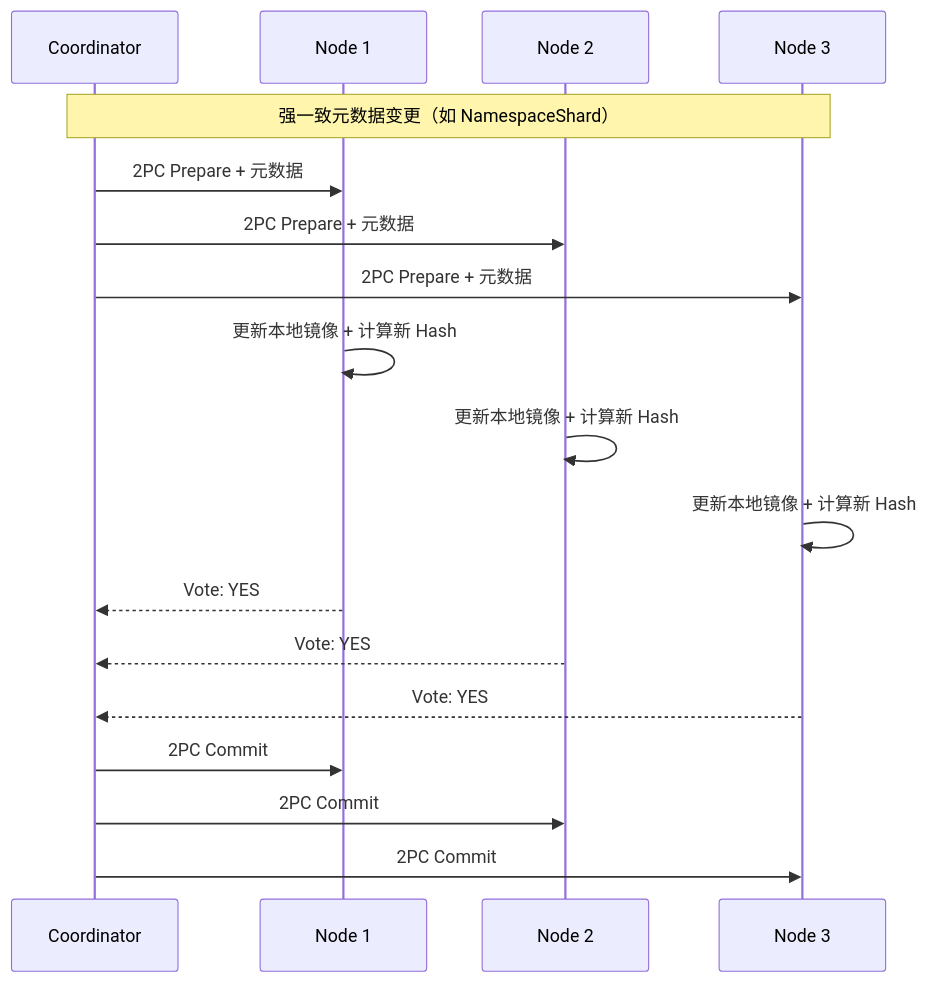
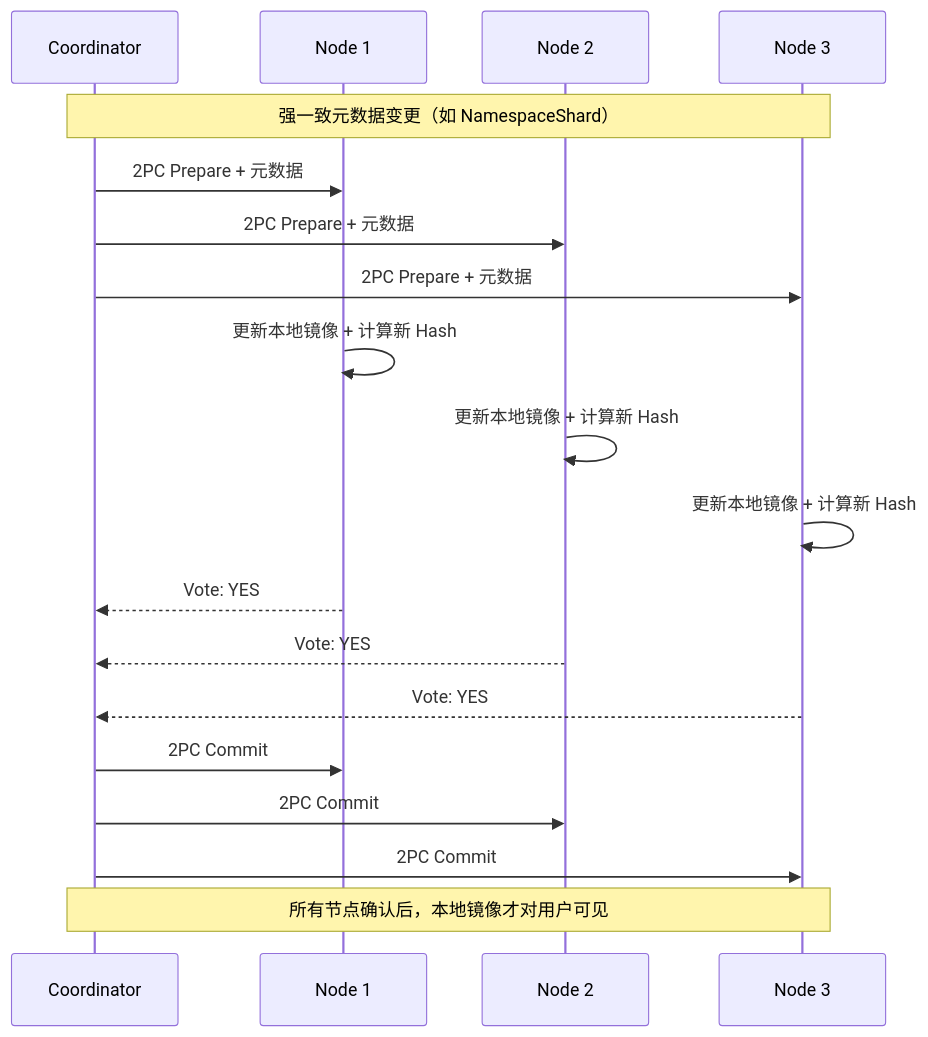
Before and after one commit to jzhang405/NexKV: the third of 4 diagrams in docs/07_spike/tree-coordinator-merkle-tree.md, drawn with Mermaid. The commit also changed other lines of this file, not shown here.

````diff
--- a/docs/07_spike/tree-coordinator-merkle-tree.md
+++ b/docs/07_spike/tree-coordinator-merkle-tree.md
@@ -351,25 +257,27 @@
 ```mermaid
 sequenceDiagram
     participant C as Coordinator
     participant N1 as Node 1
     participant N2 as Node 2
     participant N3 as Node 3
 
     Note over C,N3: 强一致元数据变更（如 NamespaceShard）
 
     C->>N1: 2PC Prepare + 元数据
     C->>N2: 2PC Prepare + 元数据
     C->>N3: 2PC Prepare + 元数据
 
     N1->>N1: 更新本地镜像 + 计算新 Hash
     N2->>N2: 更新本地镜像 + 计算新 Hash
     N3->>N3: 更新本地镜像 + 计算新 Hash
 
     N1-->>C: Vote: YES
     N2-->>C: Vote: YES
     N3-->>C: Vote: YES
 
     C->>N1: 2PC Commit
     C->>N2: 2PC Commit
     C->>N3: 2PC Commit
+
+    Note over C,N3: 所有节点确认后，本地镜像才对用户可见
 ```
````
